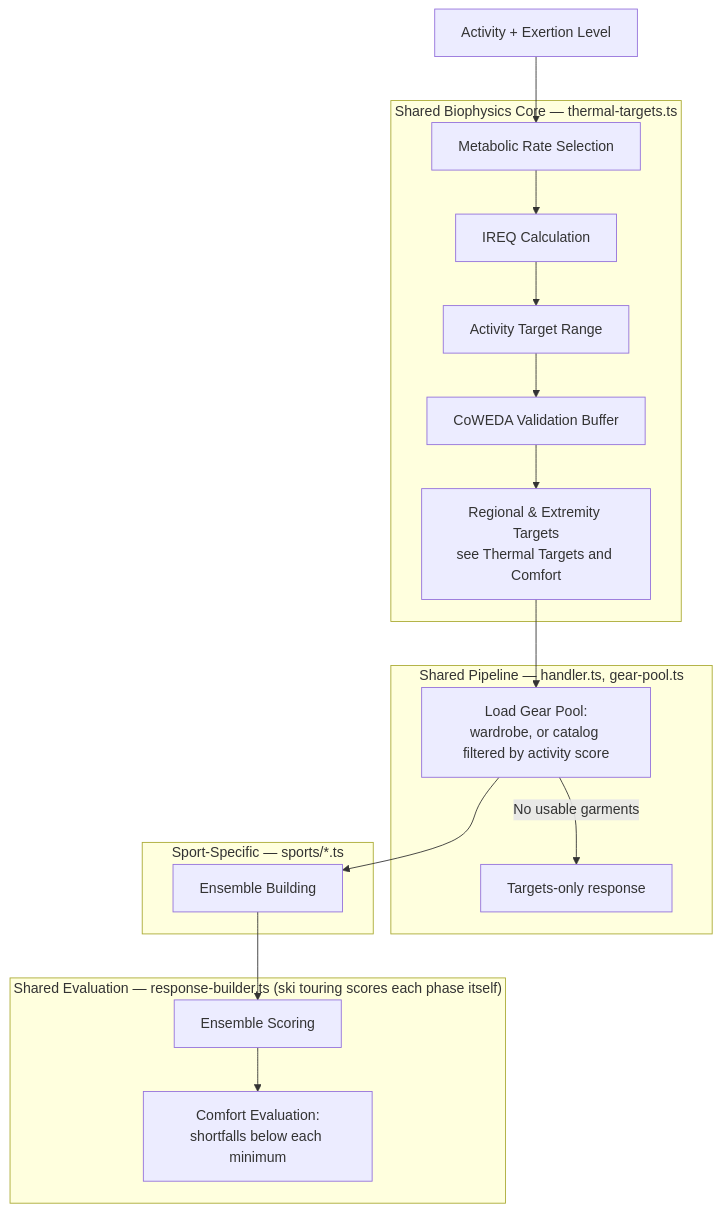
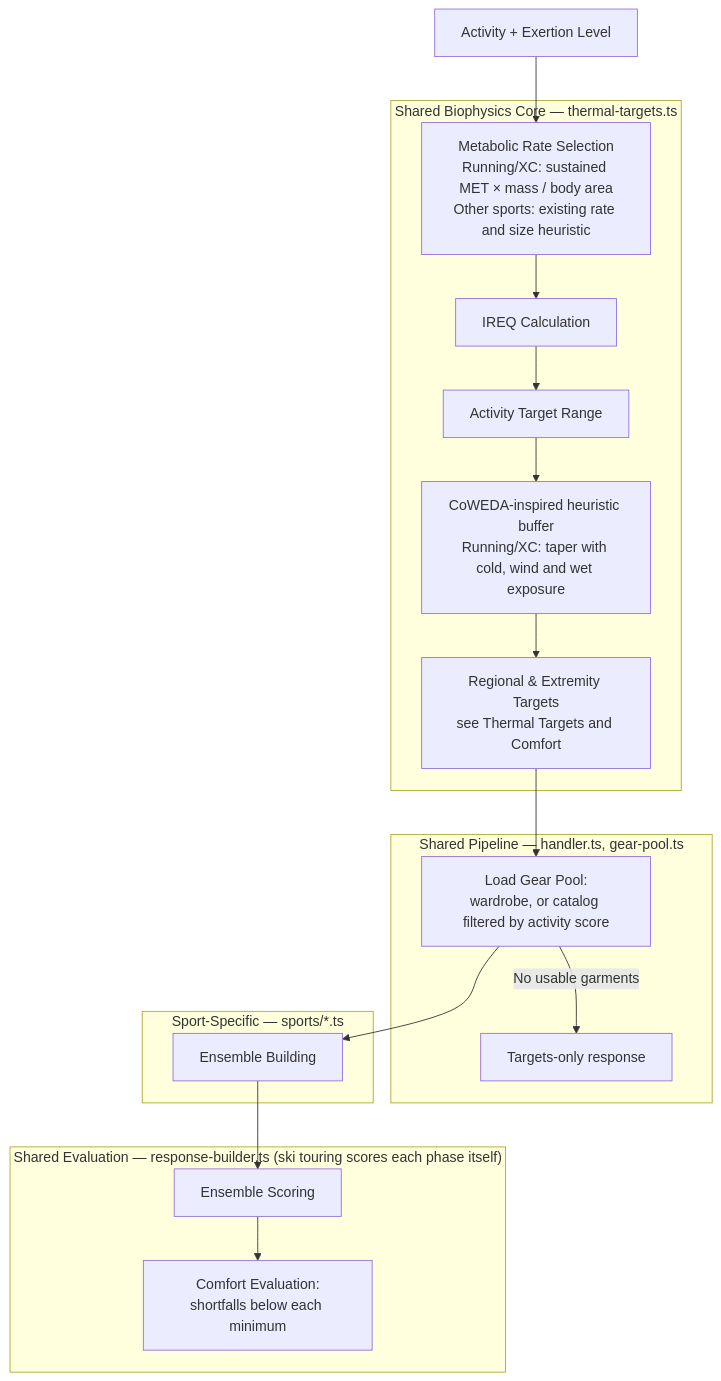
The first of 7 diagrams in README.md (derobertsw/swttr), drawn with Mermaid before and after one commit. The commit also changed other lines of this file and 34 other files, not shown here.

````diff
--- a/README.md
+++ b/README.md
@@ -46,35 +48,35 @@
 ```mermaid
 graph TD
-    A[Activity + Exertion Level] --> B[Metabolic Rate Selection]
+    A[Activity + Exertion Level] --> B[Metabolic Rate Selection<br/>Running/XC: sustained MET × mass / body area<br/>Other sports: existing rate and size heuristic]
     B --> C[IREQ Calculation]
     C --> D[Activity Target Range]
-    D --> E[CoWEDA Validation Buffer]
+    D --> E[CoWEDA-inspired heuristic buffer<br/>Running/XC: taper with cold, wind and wet exposure]
     E --> F[Regional & Extremity Targets<br/>see Thermal Targets and Comfort]
     F --> P[Load Gear Pool:<br/>wardrobe, or catalog filtered by activity score]
     P -->|No usable garments| T[Targets-only response]
     P --> G[Ensemble Building]
     G --> H[Ensemble Scoring]
     H --> I[Comfort Evaluation:<br/>shortfalls below each minimum]
 
     subgraph "Shared Biophysics Core — thermal-targets.ts"
         B
         C
         D
         E
         F
     end
 
     subgraph "Shared Pipeline — handler.ts, gear-pool.ts"
         P
         T
     end
 
     subgraph "Sport-Specific — sports/*.ts"
         G
     end
 
     subgraph "Shared Evaluation — response-builder.ts (ski touring scores each phase itself)"
         H
         I
     end
 ```
````
